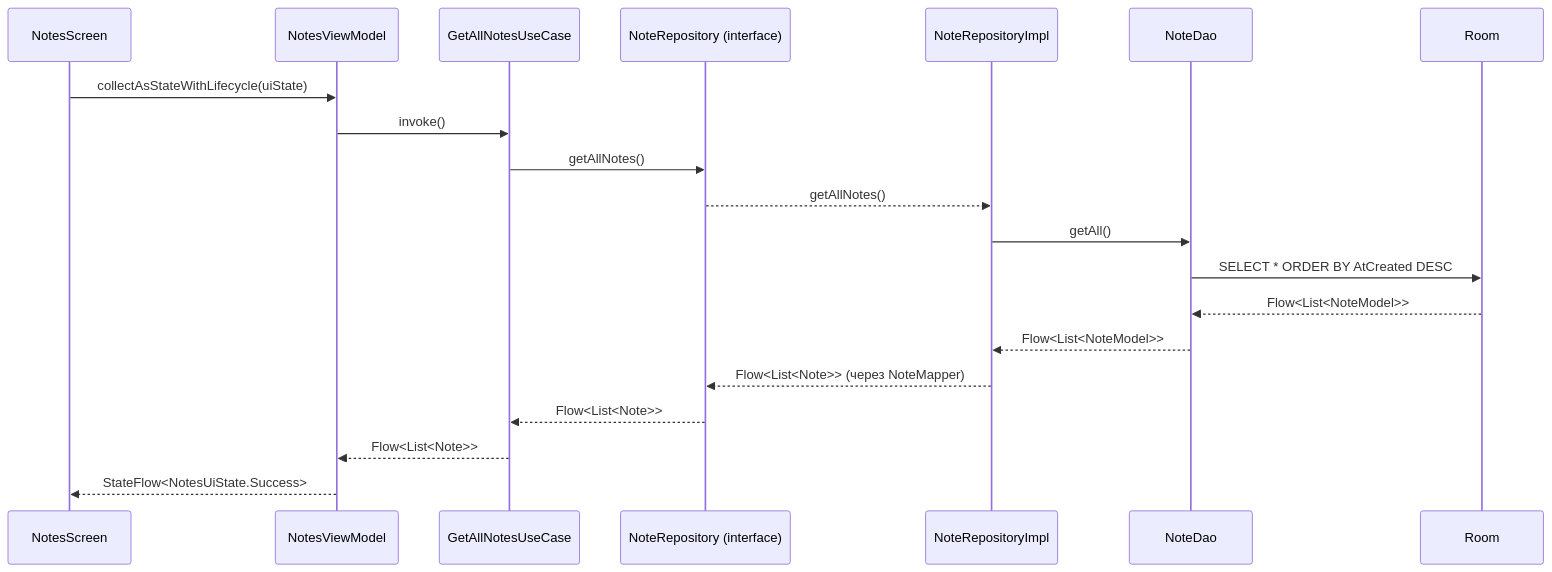
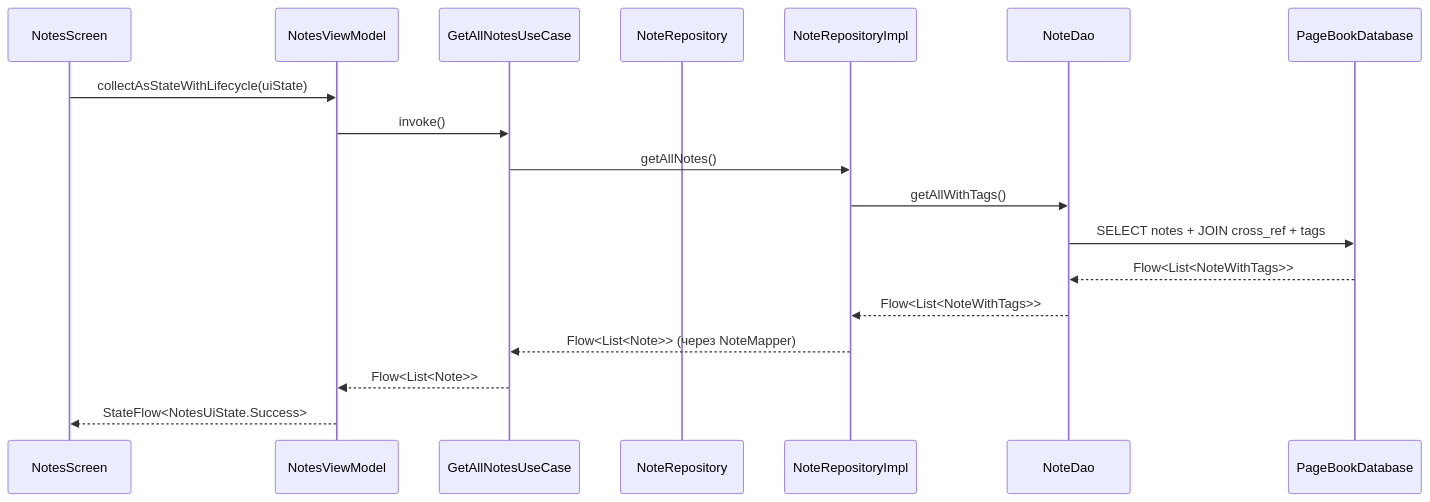
The first of 5 diagrams in docs/ARCHITECTURE.md (MaxGog/pagebook-android), drawn with Mermaid before and after one commit. The commit also changed other lines of this file and 70 other files, not shown here.

````diff
--- a/docs/ARCHITECTURE.md
+++ b/docs/ARCHITECTURE.md
@@ -97,23 +192,21 @@
 ```mermaid
 sequenceDiagram
     participant UI as NotesScreen
     participant VM as NotesViewModel
     participant UC as GetAllNotesUseCase
-    participant Repo as NoteRepository (interface)
+    participant Repo as NoteRepository
     participant Impl as NoteRepositoryImpl
     participant DAO as NoteDao
-    participant DB as Room
+    participant DB as PageBookDatabase
 
     UI->>VM: collectAsStateWithLifecycle(uiState)
     VM->>UC: invoke()
-    UC->>Repo: getAllNotes()
-    Repo-->>Impl: getAllNotes()
-    Impl->>DAO: getAll()
-    DAO->>DB: SELECT * ORDER BY AtCreated DESC
-    DB-->>DAO: Flow<List<NoteModel>>
-    DAO-->>Impl: Flow<List<NoteModel>>
-    Impl-->>Repo: Flow<List<Note>> (через NoteMapper)
-    Repo-->>UC: Flow<List<Note>>
+    UC->>Impl: getAllNotes()
+    Impl->>DAO: getAllWithTags()
+    DAO->>DB: SELECT notes + JOIN cross_ref + tags
+    DB-->>DAO: Flow<List<NoteWithTags>>
+    DAO-->>Impl: Flow<List<NoteWithTags>>
+    Impl-->>UC: Flow<List<Note>> (через NoteMapper)
     UC-->>VM: Flow<List<Note>>
     VM-->>UI: StateFlow<NotesUiState.Success>
 ```
````
